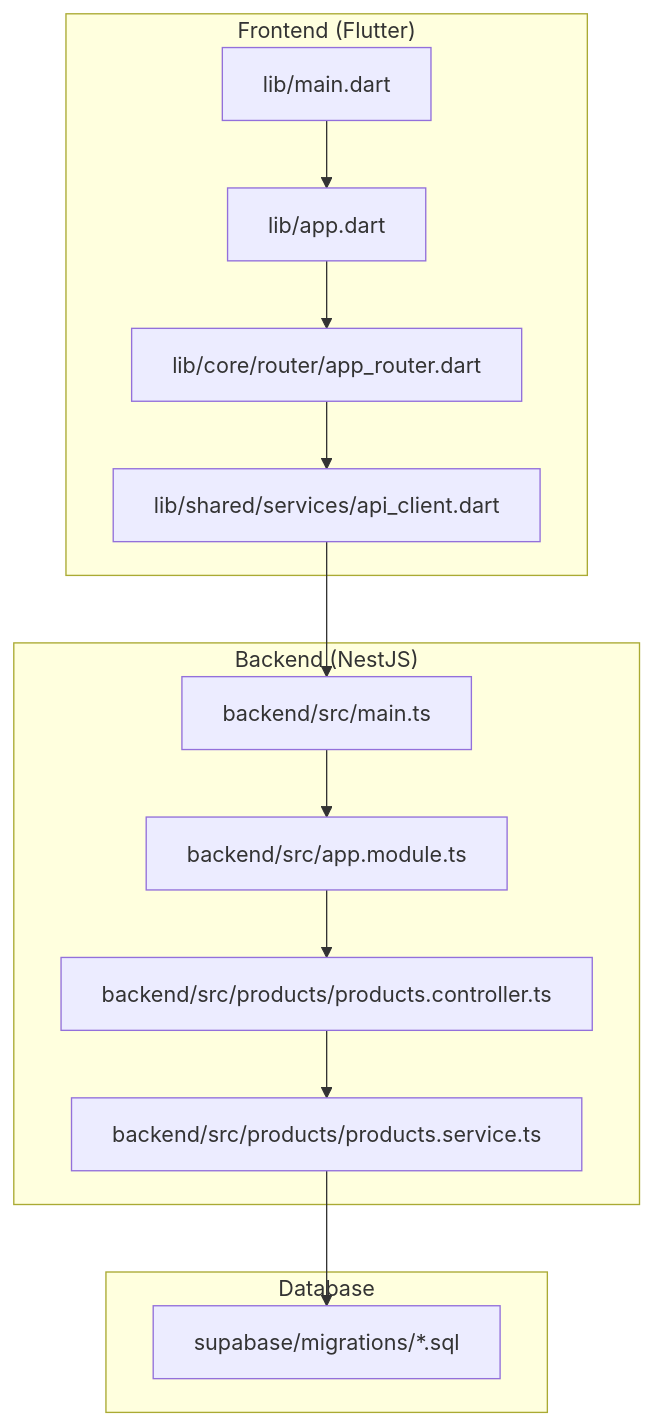
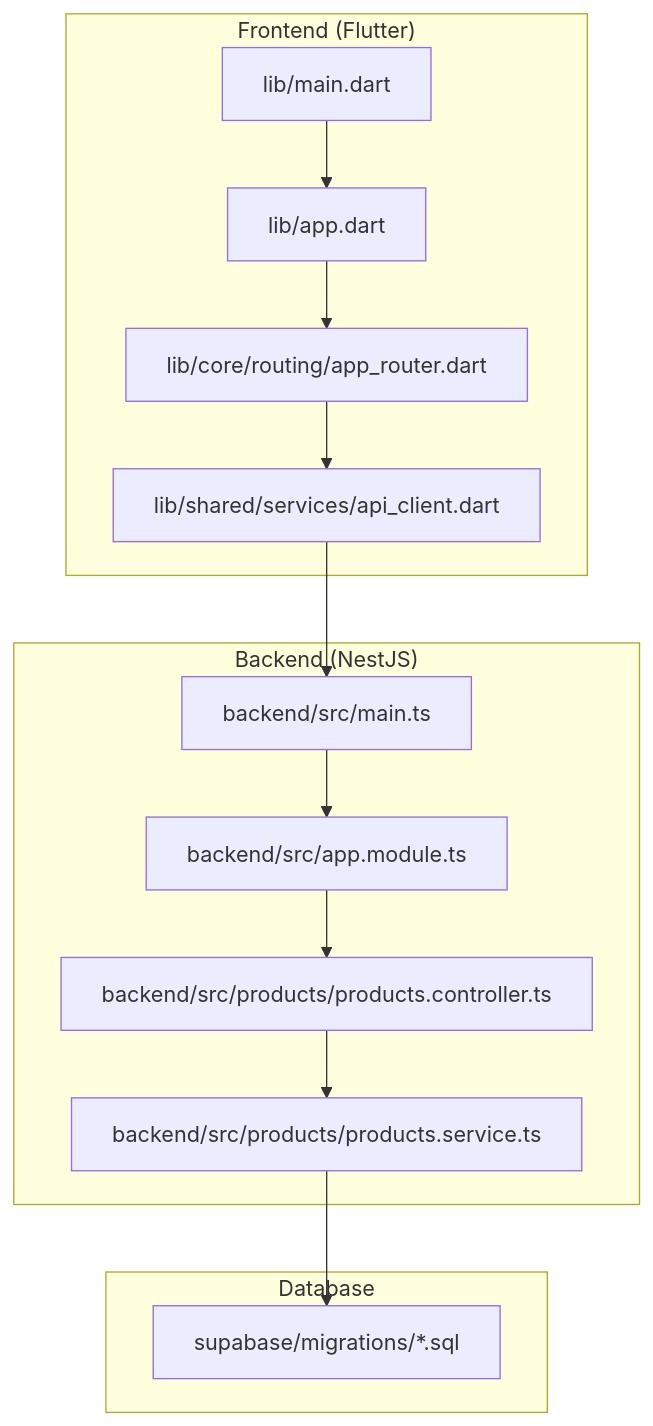
Before and after one commit to ARUNTHOMAS3/trans: the first of 7 diagrams in repowiki/en/content/Development Guidelines.md, drawn with Mermaid. The commit also changed other lines of this file and 112 other files, not shown here.

````diff
--- a/repowiki/en/content/Development Guidelines.md
+++ b/repowiki/en/content/Development Guidelines.md
@@ -61,26 +69,26 @@
 ```mermaid
 graph TB
 subgraph "Frontend (Flutter)"
 A_main["lib/main.dart"]
 A_app["lib/app.dart"]
-A_router["lib/core/router/app_router.dart"]
+A_router["lib/core/routing/app_router.dart"]
 A_api["lib/shared/services/api_client.dart"]
 end
 subgraph "Backend (NestJS)"
 B_main["backend/src/main.ts"]
 B_app["backend/src/app.module.ts"]
 B_prod_ctrl["backend/src/products/products.controller.ts"]
 B_prod_svc["backend/src/products/products.service.ts"]
 end
 subgraph "Database"
 D_mig["supabase/migrations/*.sql"]
 end
 A_main --> A_app
 A_app --> A_router
 A_router --> A_api
 A_api --> B_main
 B_main --> B_app
 B_app --> B_prod_ctrl
 B_prod_ctrl --> B_prod_svc
 B_prod_svc --> D_mig
 ```
````
